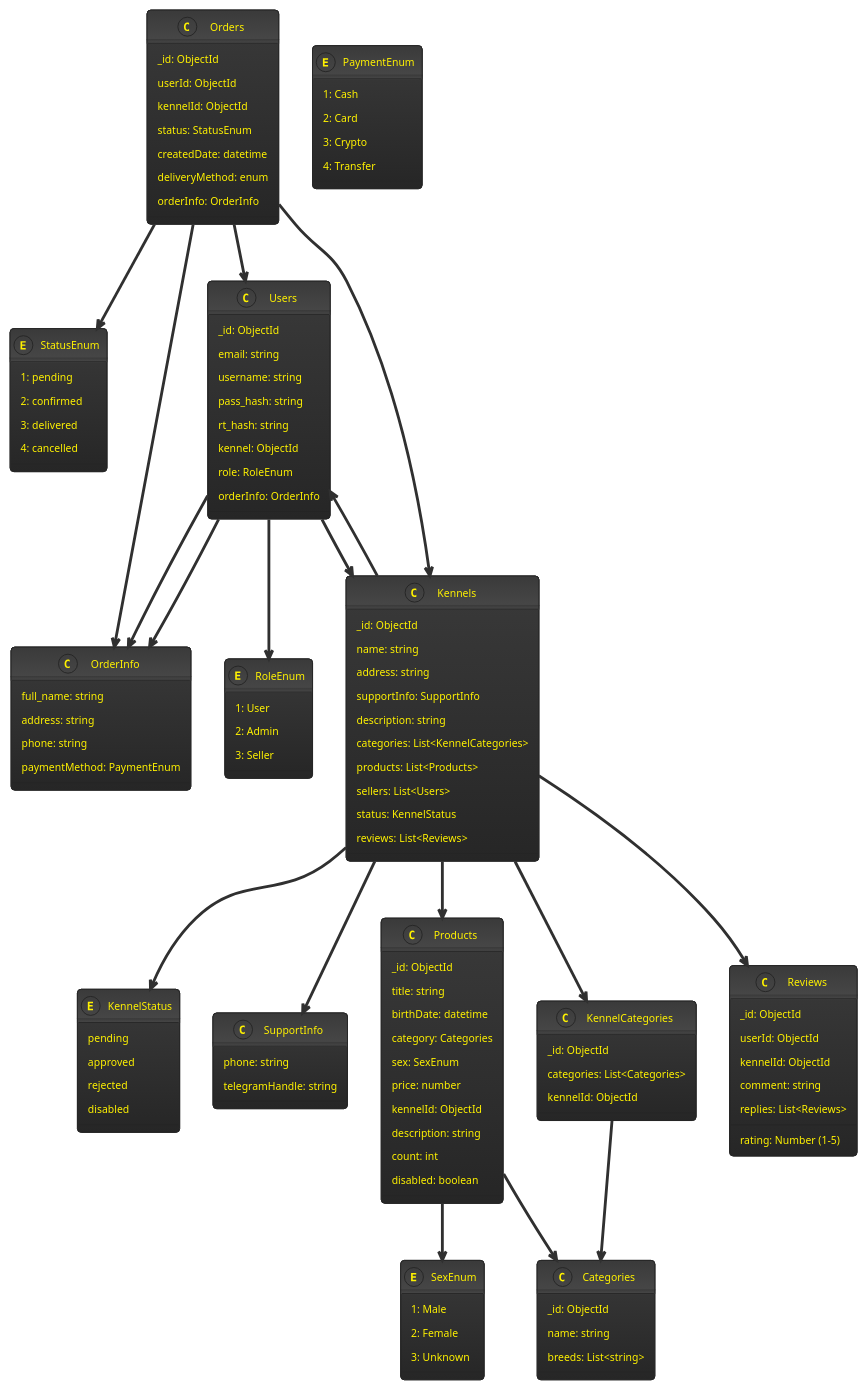
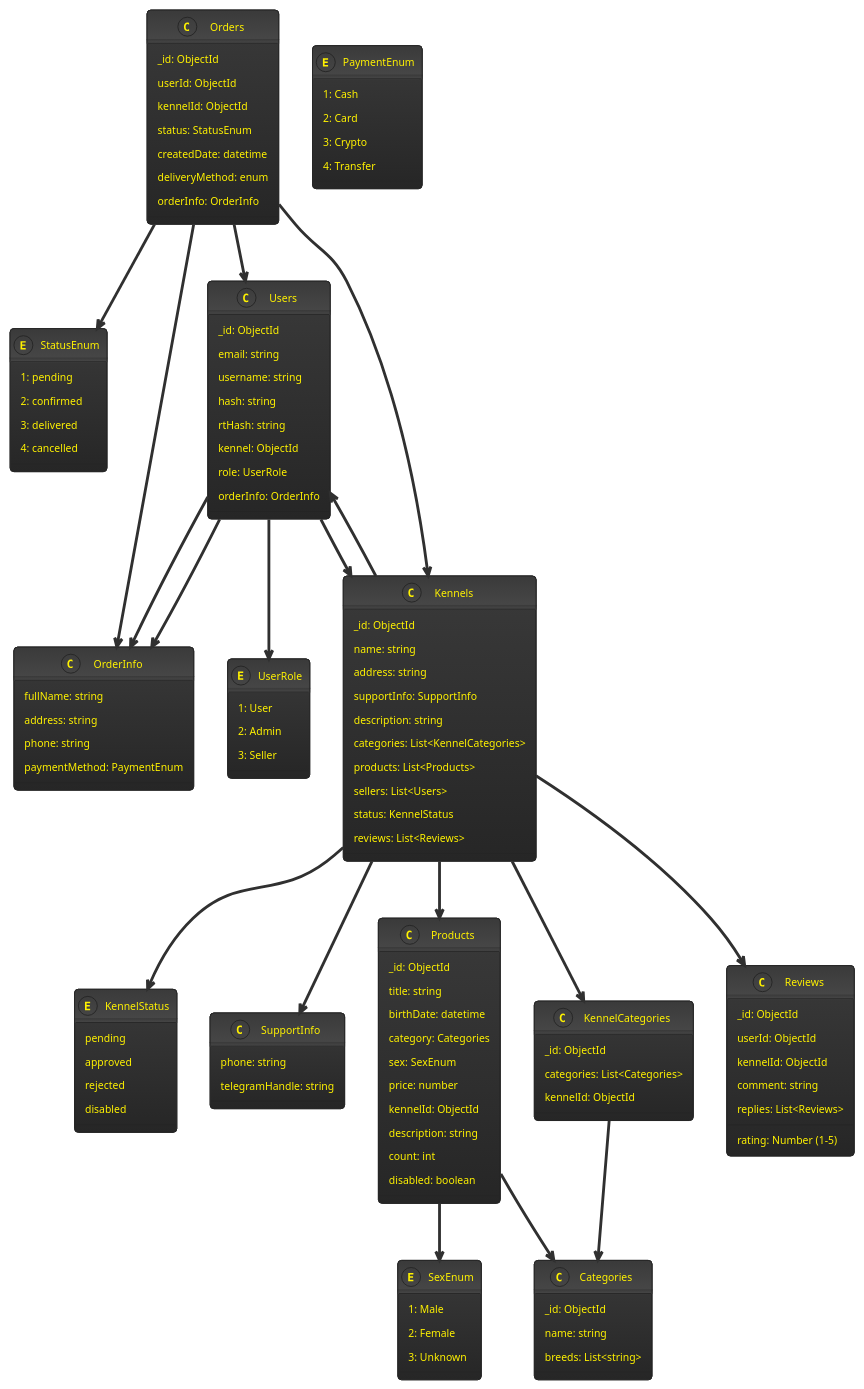
Before and after one commit to iamfromhe1l/pet-market-obsidian: the diagram in Wiki/База данных.md, drawn with PlantUML. The commit also changed 2 other files, not shown here.

Commit message:
vault backup: 2025-04-09 19:19:55

```diff
--- a/Wiki/База данных.md
+++ b/Wiki/База данных.md
@@ -4,7 +4,7 @@
 
 !theme black-knight
 
-enum RoleEnum {
+enum UserRole {
   1: User
   2: Admin
   3: Seller
@@ -41,15 +41,15 @@
   _id: ObjectId
   email: string
   username: string
-  pass_hash: string
-  rt_hash: string
+  hash: string
+  rtHash: string
   kennel: ObjectId
-  role: RoleEnum
+  role: UserRole
   orderInfo: OrderInfo
 }
 
 class OrderInfo {
-  full_name: string
+  fullName: string
   address: string
   phone: string
   paymentMethod: PaymentEnum
@@ -119,7 +119,7 @@
 
 Users --> OrderInfo
 Users --> Kennels
-Users --> RoleEnum
+Users --> UserRole
 Users --> OrderInfo
 Kennels --> SupportInfo
 Kennels --> KennelCategories
```
